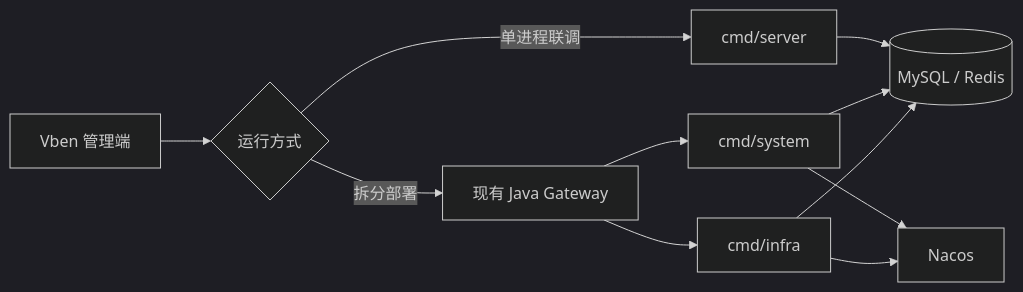
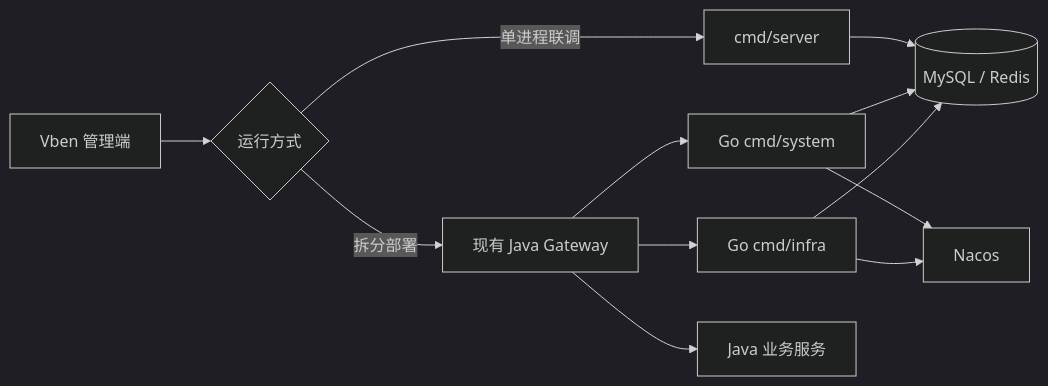
The diagram in README.md (weilhuang/yudao-cloud-go), drawn with Mermaid (dark theme) before and after one commit. The commit also changed other lines of this file and 8 other files, not shown here.

````diff
--- a/README.md
+++ b/README.md
@@ -64,13 +67,14 @@
 ```mermaid
 flowchart LR
     UI[Vben 管理端] --> MODE{运行方式}
     MODE -->|单进程联调| ONE[cmd/server]
     MODE -->|拆分部署| GW[现有 Java Gateway]
-    GW --> SYS[cmd/system]
-    GW --> INF[cmd/infra]
+    GW --> SYS[Go cmd/system]
+    GW --> INF[Go cmd/infra]
+    GW --> BIZ[Java 业务服务]
     SYS --> NACOS[Nacos]
     INF --> NACOS
     ONE --> DATA[(MySQL / Redis)]
     SYS --> DATA
     INF --> DATA
 ```
````
